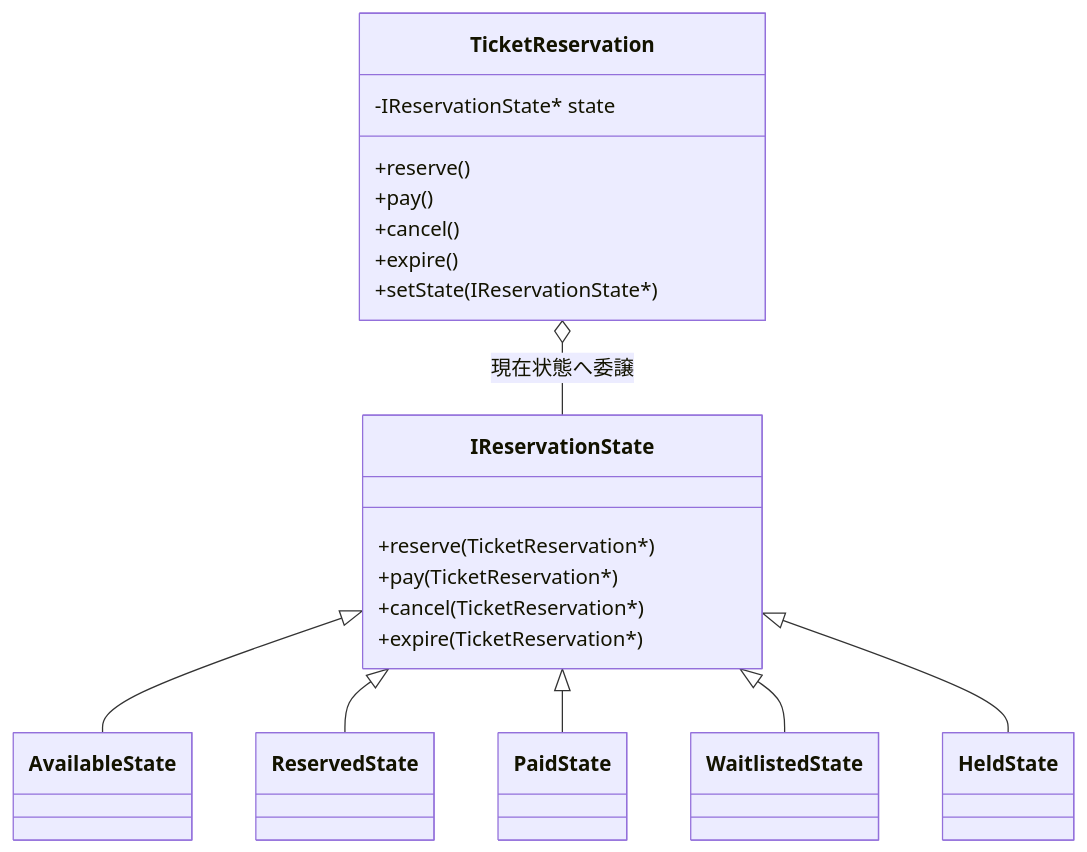
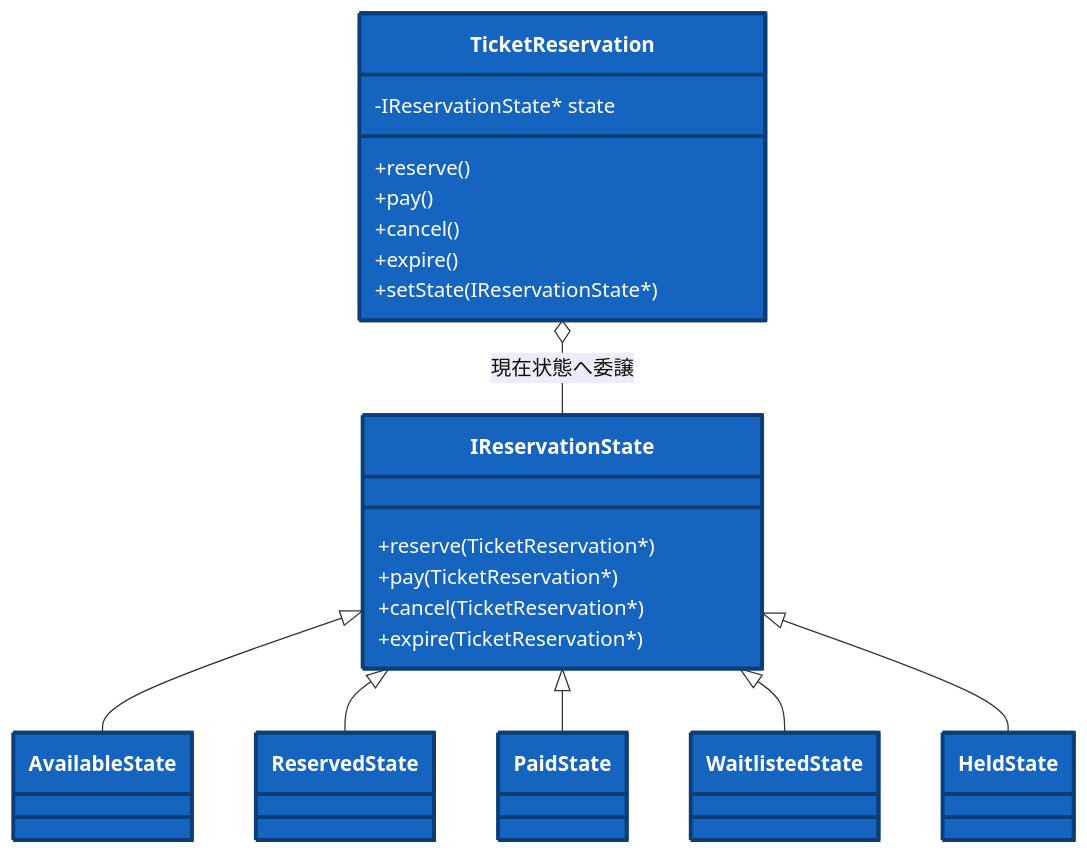
One commit to kumachan1101-pixel/DesignPattern changed the tenth of 18 diagrams in kindle/design-patterns/books/volume01-core-patterns/output/04-chapter02.md. Above: the diagram before and after it, drawn with Mermaid. The commit also changed other lines of this file and 19 other files, not shown here.

First line of the commit message:
図の変更箇所を色で示し、変更前後の対比の説明構造をそろえる

````diff
--- a/kindle/design-patterns/books/volume01-core-patterns/output/04-chapter02.md
+++ b/kindle/design-patterns/books/volume01-core-patterns/output/04-chapter02.md
@@ -1925,29 +1931,31 @@
 ```mermaid
 classDiagram
     direction TB
-    class TicketReservation {
+    class TicketReservation:::changed {
         -IReservationState* state
         +reserve()
         +pay()
         +cancel()
         +expire()
         +setState(IReservationState*)
     }
-    class IReservationState {
+    class IReservationState:::changed {
         +reserve(TicketReservation*)
         +pay(TicketReservation*)
         +cancel(TicketReservation*)
         +expire(TicketReservation*)
     }
-    class AvailableState
-    class ReservedState
-    class PaidState
-    class WaitlistedState
-    class HeldState
+    class AvailableState:::changed
+    class ReservedState:::changed
+    class PaidState:::changed
+    class WaitlistedState:::changed
+    class HeldState:::changed
     TicketReservation o-- IReservationState : 現在状態へ委譲
     IReservationState <|-- AvailableState
     IReservationState <|-- ReservedState
     IReservationState <|-- PaidState
     IReservationState <|-- WaitlistedState
     IReservationState <|-- HeldState
+
+    classDef changed fill:#1565c0,stroke:#0b3d76,stroke-width:3px,color:#ffffff;
 ```
````
